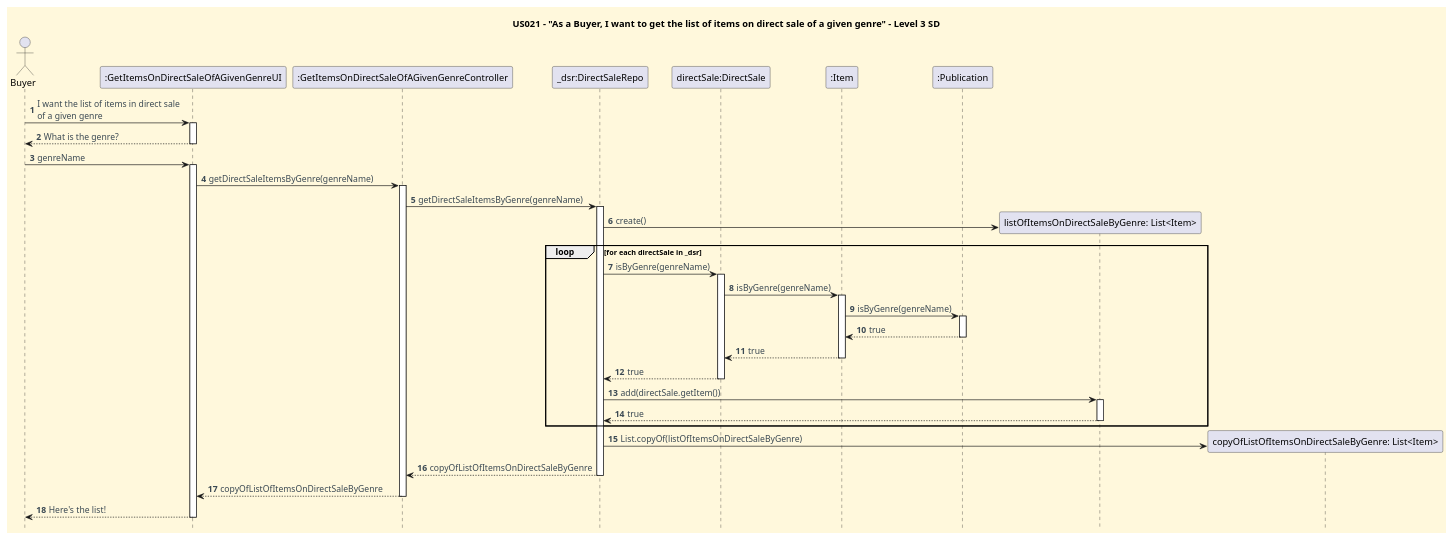
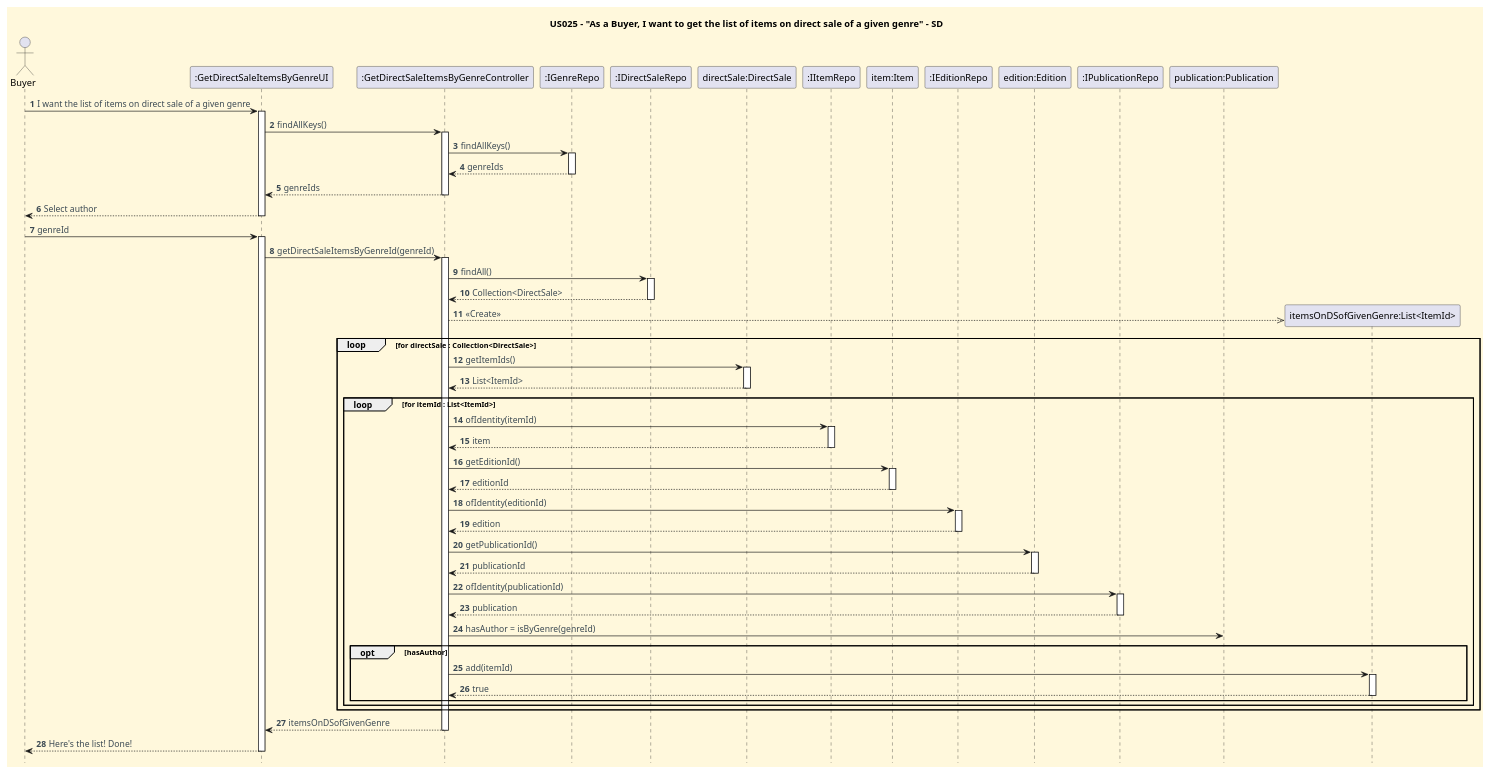
One commit to CarolinaLeite-collab/JavaMarketplacePlatform changed the diagram in docs/user-stories/US021/US021_get_list_of_items_on_direct_sale_of_given_genre_SD_2.puml. Above: the diagram before and after it, drawn with PlantUML. The commit also changed 4 other files, not shown here.

```diff
--- a/docs/user-stories/US021/US021_get_list_of_items_on_direct_sale_of_given_genre_SD_2.puml
+++ b/docs/user-stories/US021/US021_get_list_of_items_on_direct_sale_of_given_genre_SD_2.puml
@@ -1,78 +1,107 @@
 @startuml
-
-title US021 – "As a Buyer, I want to get the list of items on direct sale of a given genre" - Level 3 SD
+title US025 – "As a Buyer, I want to get the list of items on direct sale of a given genre" - SD
 hidefootbox
 
-'==== basic style ====
-skinparam monochrome false
 skinparam shadowing false
 skinparam defaultFontName Futura
 skinparam objectFontSize 20
 skinparam backgroundColor CornSilk
 skinparam objectBackgroundColor WhiteSmoke
-skinparam noteBackgroundColor #FFFFE0
 skinparam ArrowFontColor #3B4953
-skinparam ActivationBackgroundColor black
 
 autonumber
 autoactivate off
 
-' --- Actor and participants ---
 actor Buyer
-participant ":GetItemsOnDirectSaleOfAGivenGenreUI" as UI
-participant ":GetItemsOnDirectSaleOfAGivenGenreController" as CTL
-participant "_dsr:DirectSaleRepo" as DSR
+participant ":GetDirectSaleItemsByGenreUI" as UI
+participant ":GetDirectSaleItemsByGenreController" as CTL
+participant ":IGenreRepo" as AR
+participant ":IDirectSaleRepo" as DSR
 participant "directSale:DirectSale" as DS
-participant ":Item" as IT
-participant ":Publication" as PUB
+participant ":IItemRepo" as IR
+participant "item:Item" as Item
+participant ":IEditionRepo" as ER
+participant "edition:Edition" as Edition
+participant ":IPublicationRepo" as PR
+participant "publication:Publication" as Publication
 
 
+Buyer -> UI: I want the list of items on direct sale of a given genre
+activate UI
+UI -> CTL : findAllKeys()
+activate CTL
+CTL -> AR : findAllKeys()
+activate AR
 
-' --- Dialog ---
-Buyer -> UI: I want the list of items in direct sale \nof a given genre
-activate UI
-UI --> Buyer: What is the genre?
+AR --> CTL : genreIds
+deactivate AR
+
+CTL --> UI : genreIds
+deactivate CTL
+UI --> Buyer: Select author
 deactivate UI
-Buyer -> UI: genreName
+Buyer -> UI: genreId
 activate UI
 
-'-- System interaction --'
-UI -> CTL: getDirectSaleItemsByGenre(genreName)
+
+UI -> CTL: getDirectSaleItemsByGenreId(genreId)
 activate CTL
-CTL -> DSR: getDirectSaleItemsByGenre(genreName)
+
+CTL -> DSR: findAll()
 activate DSR
 
-create "listOfItemsOnDirectSaleByGenre: List<Item>" as List
-DSR -> List: create()
+DSR --> CTL: Collection<DirectSale>
+deactivate DSR
 
-' --- To run through each directSale available and check the genre associated with the corresponding Item ---
-loop for each directSale in _dsr
-    DSR -> DS: isByGenre(genreName)
-    activate DS
-    DS -> IT: isByGenre(genreName)
-    activate IT
-    IT -> PUB: isByGenre(genreName)
-    activate PUB
-    PUB --> IT: true
-    deactivate PUB
-    IT --> DS: true
-    deactivate IT
-    DS --> DSR: true
-    deactivate DS
-    DSR -> List: add(directSale.getItem())
-    activate List
-    List --> DSR: true
-    deactivate List
+create "itemsOnDSofGivenGenre:List<ItemId>"
+CTL -->> "itemsOnDSofGivenGenre:List<ItemId>" : <<Create>>
+
+loop for directSale : Collection<DirectSale>
+CTL -> DS : getItemIds()
+activate DS
+DS --> CTL : List<ItemId>
+deactivate DS
+
+loop for itemId : List<ItemId>
+CTL -> IR : ofIdentity(itemId)
+activate IR
+IR --> CTL : item
+deactivate IR
+CTL -> Item : getEditionId()
+activate Item
+Item --> CTL : editionId
+deactivate Item
+
+CTL -> ER : ofIdentity(editionId)
+activate ER
+ER --> CTL : edition
+deactivate ER
+CTL -> Edition : getPublicationId()
+activate Edition
+Edition --> CTL : publicationId
+deactivate Edition
+
+CTL -> PR : ofIdentity(publicationId)
+activate PR
+PR --> CTL : publication
+deactivate PR
+
+CTL -> Publication : hasAuthor = isByGenre(genreId)
+
+opt hasAuthor
+CTL -> "itemsOnDSofGivenGenre:List<ItemId>" : add(itemId)
+activate "itemsOnDSofGivenGenre:List<ItemId>"
+"itemsOnDSofGivenGenre:List<ItemId>" --> CTL : true
+deactivate "itemsOnDSofGivenGenre:List<ItemId>"
+end
+end
 end
 
-create "copyOfListOfItemsOnDirectSaleByGenre: List<Item>" as Copy
 
-DSR -> Copy: List.copyOf(listOfItemsOnDirectSaleByGenre)
-DSR --> CTL: copyOfListOfItemsOnDirectSaleByGenre
-deactivate DSR
-CTL --> UI: copyOfListOfItemsOnDirectSaleByGenre
+CTL --> UI: itemsOnDSofGivenGenre
 deactivate CTL
-UI --> Buyer: Here's the list!
+
+UI --> Buyer: Here's the list! Done!
 deactivate UI
 
 @enduml
```
